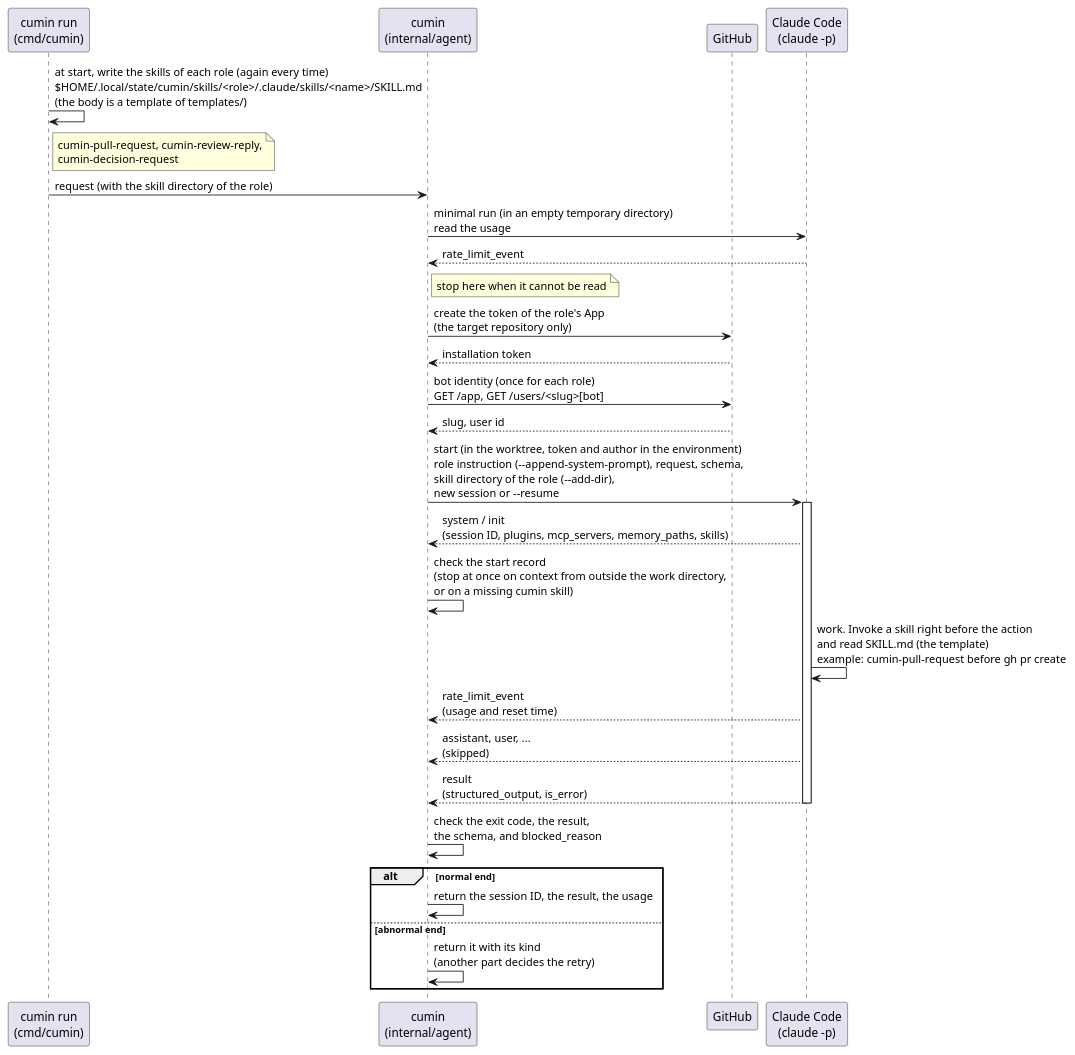
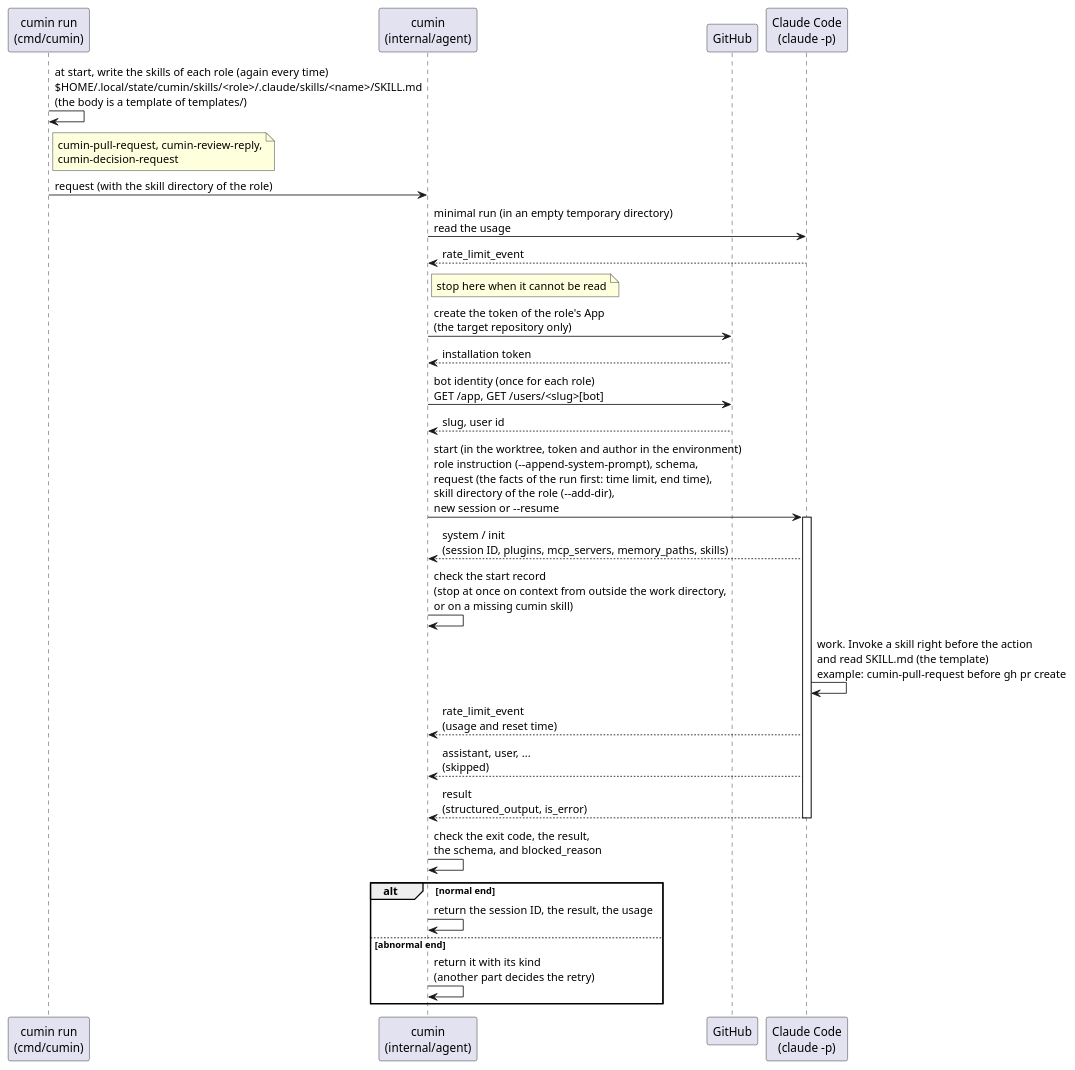
One commit to cloveclovedev/cumin-works changed the diagram in docs/ja/designs/agent-run.puml. Above: the diagram before and after it, drawn with PlantUML. The commit also changed 8 other files, not shown here.

First line of the commit message:
feat(agent): name the time limit and the end time of the run in the start request (#364)

```diff
--- a/docs/ja/designs/agent-run.puml
+++ b/docs/ja/designs/agent-run.puml
@@ -1,38 +1,38 @@
 @startuml agent-run
 skinparam shadowing false
 skinparam defaultFontName sans-serif
 
 participant "cumin run\n(cmd/cumin)" as run
 participant "cumin\n(internal/agent)" as cumin
 participant "GitHub" as github
 participant "Claude Code\n(claude -p)" as claude
 
 run -> run : at start, write the skills of each role (again every time)\n$HOME/.local/state/cumin/skills/<role>/.claude/skills/<name>/SKILL.md\n(the body is a template of templates/)
 note right of run : cumin-pull-request, cumin-review-reply,\ncumin-decision-request
 run -> cumin : request (with the skill directory of the role)
 
 cumin -> claude : minimal run (in an empty temporary directory)\nread the usage
 claude --> cumin : rate_limit_event
 note right of cumin : stop here when it cannot be read
 
 cumin -> github : create the token of the role's App\n(the target repository only)
 github --> cumin : installation token
 cumin -> github : bot identity (once for each role)\nGET /app, GET /users/<slug>[bot]
 github --> cumin : slug, user id
 
-cumin -> claude : start (in the worktree, token and author in the environment)\nrole instruction (--append-system-prompt), request, schema,\nskill directory of the role (--add-dir),\nnew session or --resume
+cumin -> claude : start (in the worktree, token and author in the environment)\nrole instruction (--append-system-prompt), schema,\nrequest (the facts of the run first: time limit, end time),\nskill directory of the role (--add-dir),\nnew session or --resume
 activate claude
 claude --> cumin : system / init\n(session ID, plugins, mcp_servers, memory_paths, skills)
 cumin -> cumin : check the start record\n(stop at once on context from outside the work directory,\nor on a missing cumin skill)
 claude -> claude : work. Invoke a skill right before the action\nand read SKILL.md (the template)\nexample: cumin-pull-request before gh pr create
 claude --> cumin : rate_limit_event\n(usage and reset time)
 claude --> cumin : assistant, user, ...\n(skipped)
 claude --> cumin : result\n(structured_output, is_error)
 deactivate claude
 cumin -> cumin : check the exit code, the result,\nthe schema, and blocked_reason
 alt normal end
   cumin -> cumin : return the session ID, the result, the usage
 else abnormal end
   cumin -> cumin : return it with its kind\n(another part decides the retry)
 end
 @enduml
```
